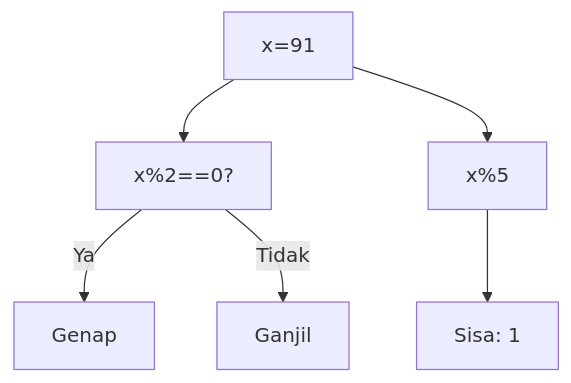
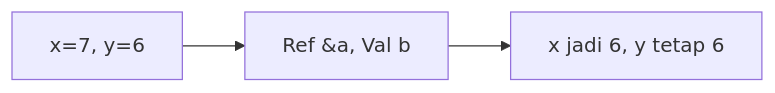
Diagram 17 of 25 in part-c-pemahaman-cpp/04-fungsi/latihan/set-02.md (amnahwaida/OSNK_INF_PREP), drawn with Mermaid before and after one commit. The commit also changed other lines of this file and 71 other files, not shown here.

````diff
--- a/part-c-pemahaman-cpp/04-fungsi/latihan/set-02.md
+++ b/part-c-pemahaman-cpp/04-fungsi/latihan/set-02.md
@@ -491,8 +450,5 @@
 ```mermaid
-graph TD
-A["x=91"] --> B["x%2==0?"]
-B -- Ya --> C["Genap"]
-B -- Tidak --> D["Ganjil"]
-A --> E["x%5"]
-E --> F["Sisa: 1"]
+graph LR
+A["x=7, y=6"] --> B["Ref &a, Val b"]
+B --> C["x jadi 6, y tetap 6"]
 ```
````
